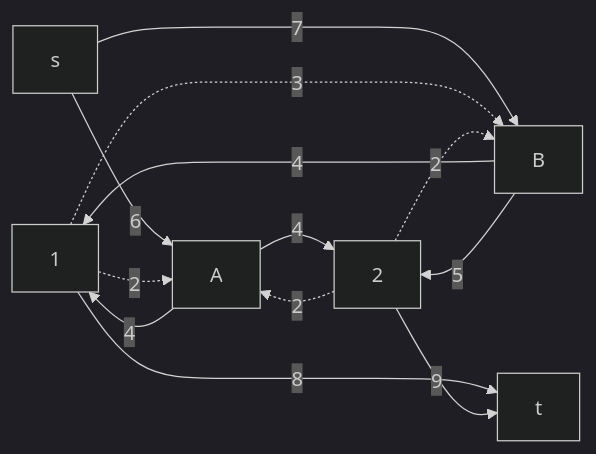
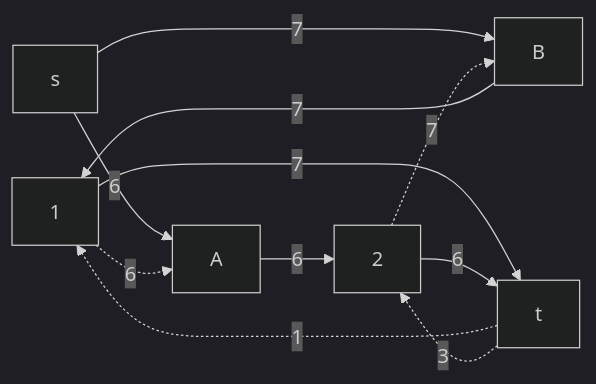
The second of 5 diagrams in task-14/python-gang.md (hse-algo-24-crow/manual-tasks-crow), drawn with Mermaid (dark theme) before and after one commit. The commit also changed other lines of this file, not shown here.

````diff
--- a/task-14/python-gang.md
+++ b/task-14/python-gang.md
@@ -47,17 +50,17 @@
 ```mermaid
 graph LR
     s-->|6|A
     s-->|7|B
 
-    A-->|4|1
-    1-.->|2|A
-    A-->|4|2
-    2-.->|2|A
-    B-->|4|1
-    1-.->|3|B
-    B-->|5|2
-    2-.->|2|B
+ 
+    1-.->|6|A
+    A-->|6|2
 
-    1-->|8|t
-    2-->|9|t
+    B-->|7|1
+    2-.->|7|B
+
+    1-->|7|t
+    t-.->|1|1
+    2-->|6|t
+    t-.->|3|2
 ```
````
